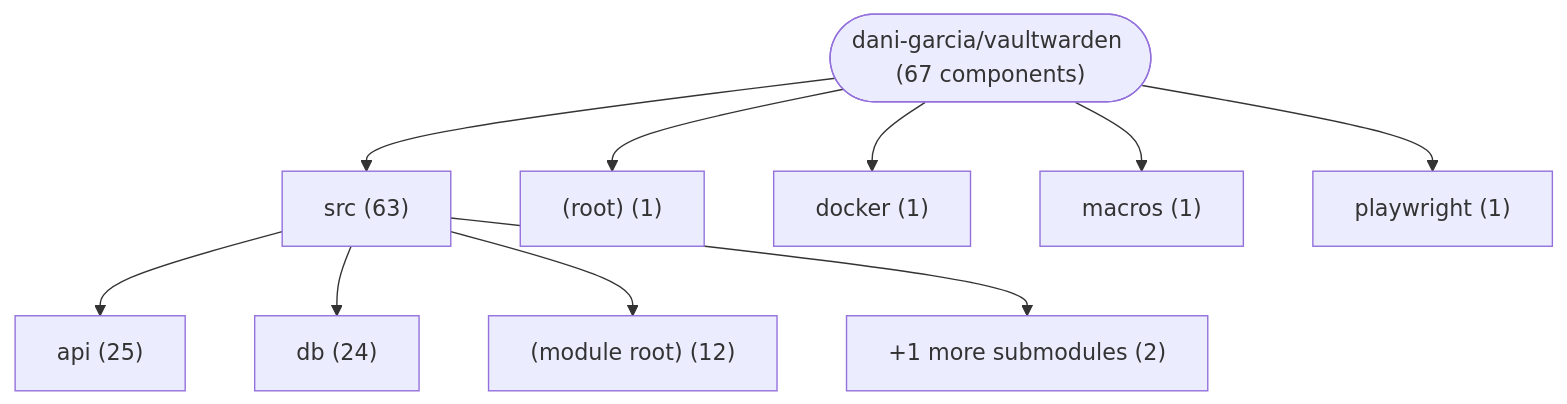
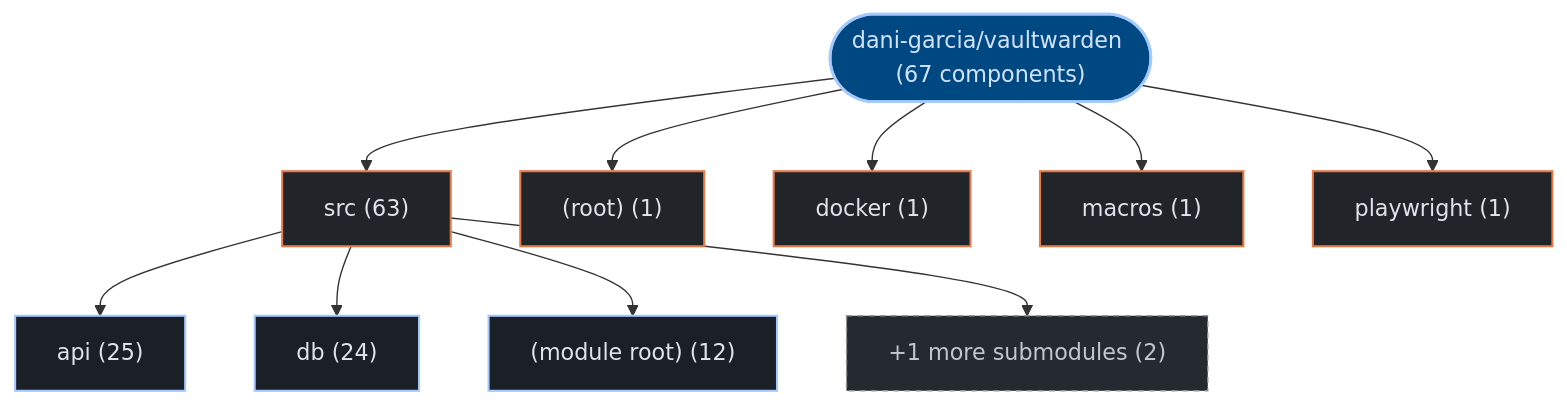
Before and after one commit to kumarshaz/atruss-code-atlas: the first of 3 diagrams in exports/latest/reports/dani-garcia-vaultwarden-report.md, drawn with Mermaid. The commit also changed other lines of this file and 331 other files, not shown here.

Commit message:
docs,ui,fix: update SDLC docs, reorder CI/CD DAG first, stylize Mermaid, and fix Arc42 pipeline topology

````diff
--- a/exports/latest/reports/dani-garcia-vaultwarden-report.md
+++ b/exports/latest/reports/dani-garcia-vaultwarden-report.md
@@ -42,22 +42,29 @@
 ```mermaid
 graph TD;
-    repo_root(["dani-garcia/vaultwarden (67 components)"])
-    dir_0_src["src (63)"]
+  classDef atlasRoot fill:#004882,stroke:#a3c9ff,stroke-width:2px,color:#d3e4ff
+  classDef atlasCategory fill:#212428,stroke:#E87A48,stroke-width:1.5px,color:#dfe3eb
+  classDef atlasWorkflow fill:#1b2026,stroke:#a3c9ff,stroke-width:1.5px,color:#dfe3eb
+  classDef atlasJob fill:#171c22,stroke:#8d9199,stroke-width:1px,color:#dfe3eb
+  classDef atlasTarget fill:#005227,stroke:#8bd99b,stroke-width:1.5px,color:#a7f6b6
+  classDef atlasAlert fill:#93000a,stroke:#ffb4ab,stroke-width:1.5px,color:#ffdad6
+  classDef atlasMore fill:#252a31,stroke:#8d9199,stroke-dasharray:4 4,color:#c3c6cf
+    repo_root(["dani-garcia/vaultwarden (67 components)"]):::atlasRoot
+    dir_0_src["src (63)"]:::atlasCategory
     repo_root --> dir_0_src
-    sub_0_0_api["api (25)"]
+    sub_0_0_api["api (25)"]:::atlasWorkflow
     dir_0_src --> sub_0_0_api
-    sub_0_1_db["db (24)"]
+    sub_0_1_db["db (24)"]:::atlasWorkflow
     dir_0_src --> sub_0_1_db
-    sub_0_2__module_root_["(module root) (12)"]
+    sub_0_2__module_root_["(module root) (12)"]:::atlasWorkflow
     dir_0_src --> sub_0_2__module_root_
-    sub_0_more["+1 more submodules (2)"]
+    sub_0_more["+1 more submodules (2)"]:::atlasMore
     dir_0_src --> sub_0_more
-    dir_1__root_["(root) (1)"]
+    dir_1__root_["(root) (1)"]:::atlasCategory
     repo_root --> dir_1__root_
-    dir_2_docker["docker (1)"]
+    dir_2_docker["docker (1)"]:::atlasCategory
     repo_root --> dir_2_docker
-    dir_3_macros["macros (1)"]
+    dir_3_macros["macros (1)"]:::atlasCategory
     repo_root --> dir_3_macros
-    dir_4_playwright["playwright (1)"]
+    dir_4_playwright["playwright (1)"]:::atlasCategory
     repo_root --> dir_4_playwright
 ```
````
